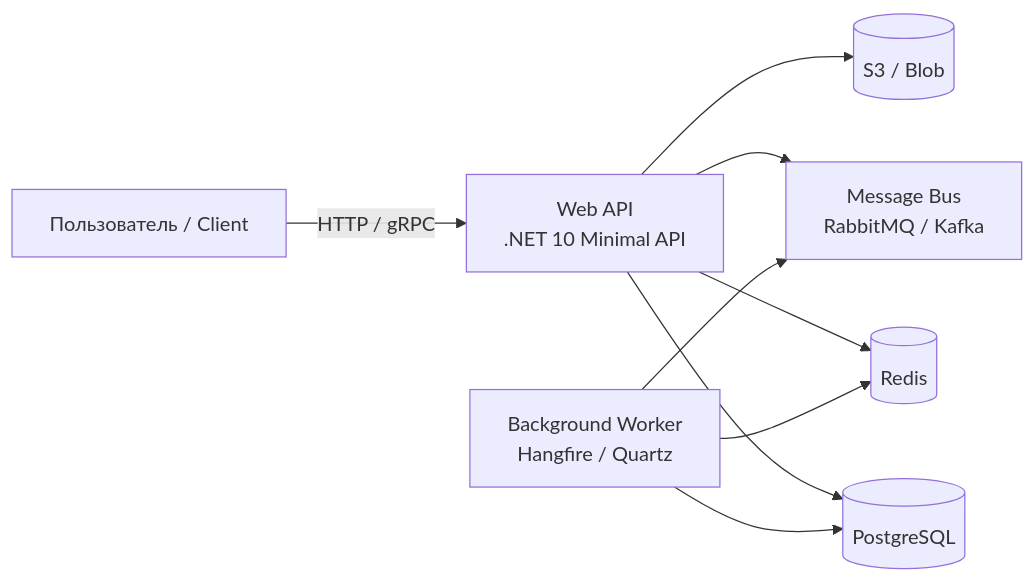
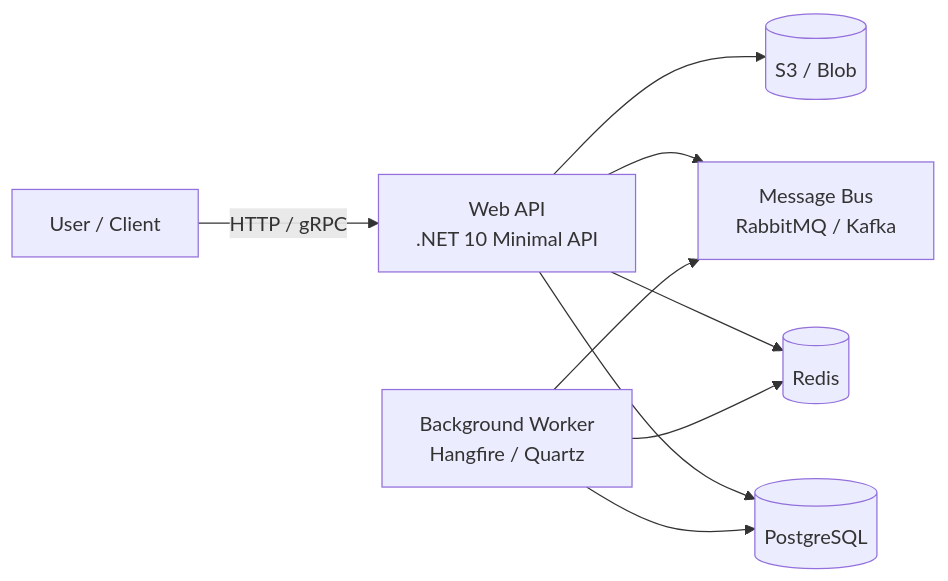
Before and after one commit to svetkis/dotnet-ai-guardrails: the diagram in templates/skills/skeptical-ai-bootstrap/ARCHITECTURE-INVENTORY.md, drawn with Mermaid. The commit also changed other lines of this file and 183 other files, not shown here.

````diff
--- a/templates/skills/skeptical-ai-bootstrap/ARCHITECTURE-INVENTORY.md
+++ b/templates/skills/skeptical-ai-bootstrap/ARCHITECTURE-INVENTORY.md
@@ -21,19 +21,19 @@
 ```mermaid
 graph LR
-    User[Пользователь / Client]
+    User[User / Client]
     Api[Web API<br/>.NET 10 Minimal API]
     Worker[Background Worker<br/>Hangfire / Quartz]
     Db[(PostgreSQL)]
     Cache[(Redis)]
     Blob[(S3 / Blob)]
     Bus[Message Bus<br/>RabbitMQ / Kafka]
 
     User -->|HTTP / gRPC| Api
     Api --> Db
     Api --> Cache
     Api --> Blob
     Api --> Bus
     Worker --> Db
     Worker --> Cache
     Worker --> Bus
 ```
````
